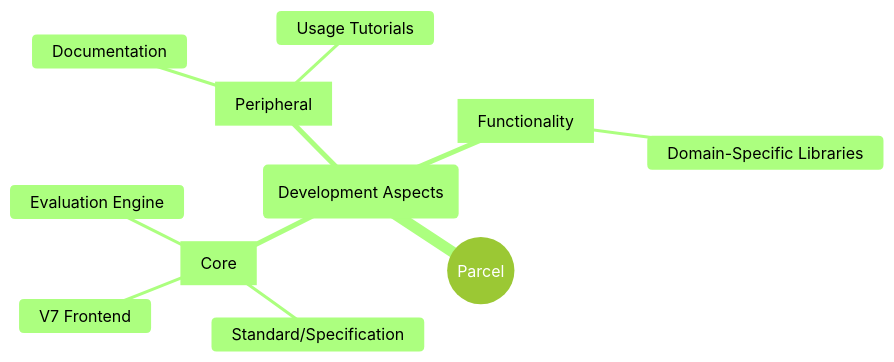
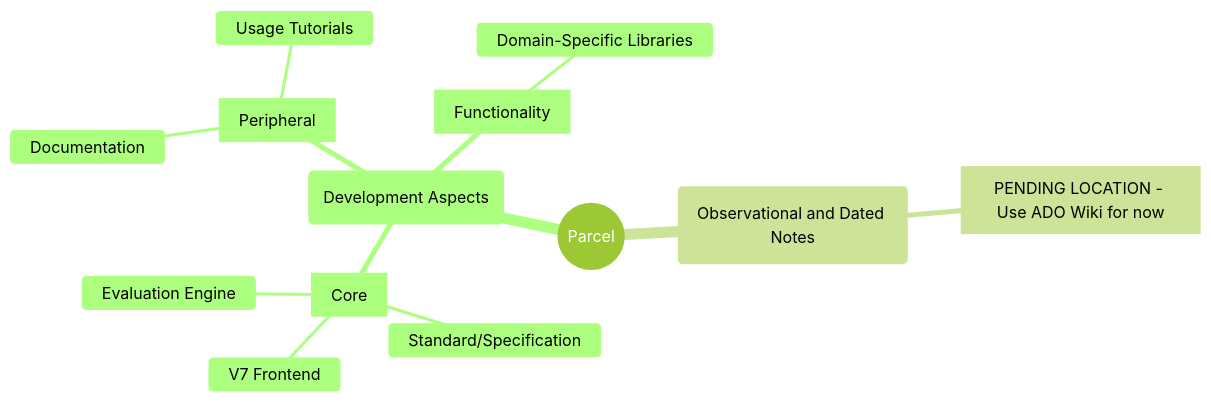
Before and after one commit to Parcel-NExT/Parcel_NExT: the diagram in TODO.md, drawn with Mermaid (forest theme). The commit also changed 1 other file, not shown here.

Commit message:
Misc. updates

````diff
--- a/TODO.md
+++ b/TODO.md
@@ -11,14 +11,16 @@
 ```mermaid
 mindmap
   root((Parcel))
     (Development Aspects)
         [Core]
             Standard/Specification
             V7 Frontend
             Evaluation Engine
         [Peripheral]
             Documentation
             Usage Tutorials
         [Functionality]
             Domain-Specific Libraries
+    (Observational and Dated Notes)
+        [PENDING LOCATION - Use ADO Wiki for now]
 ```
````
